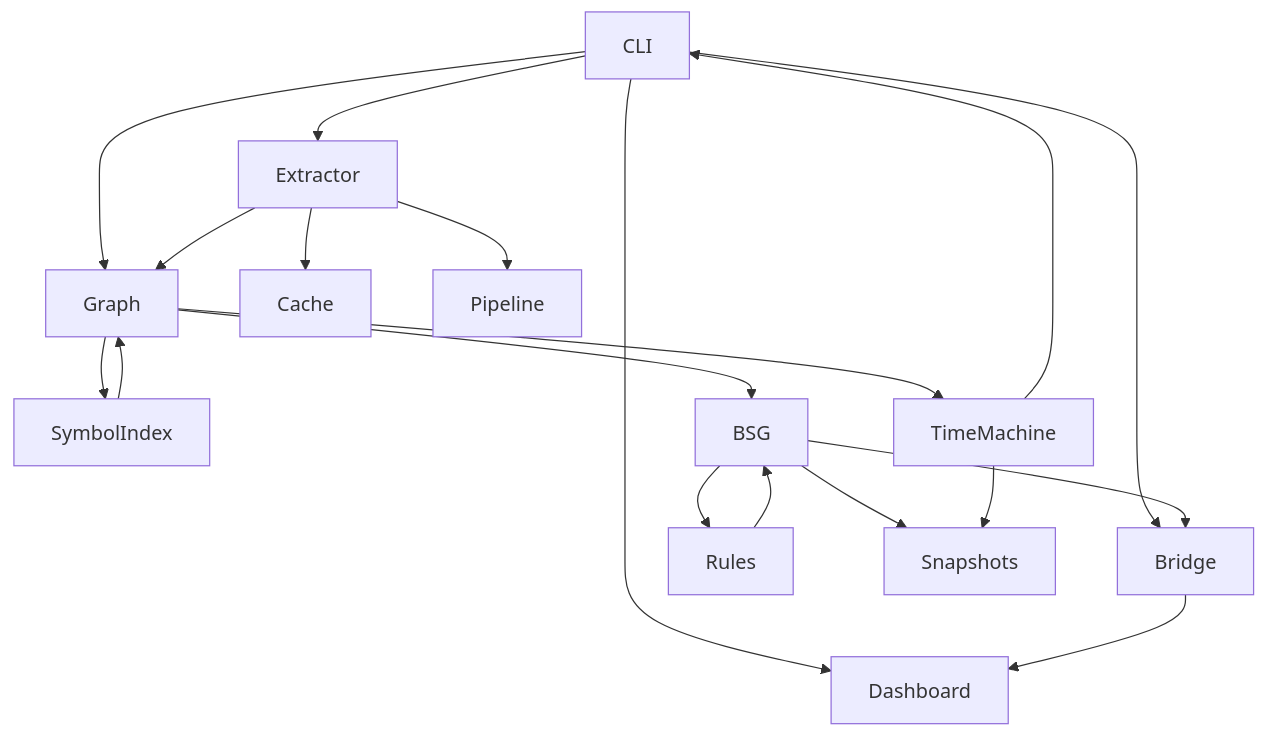
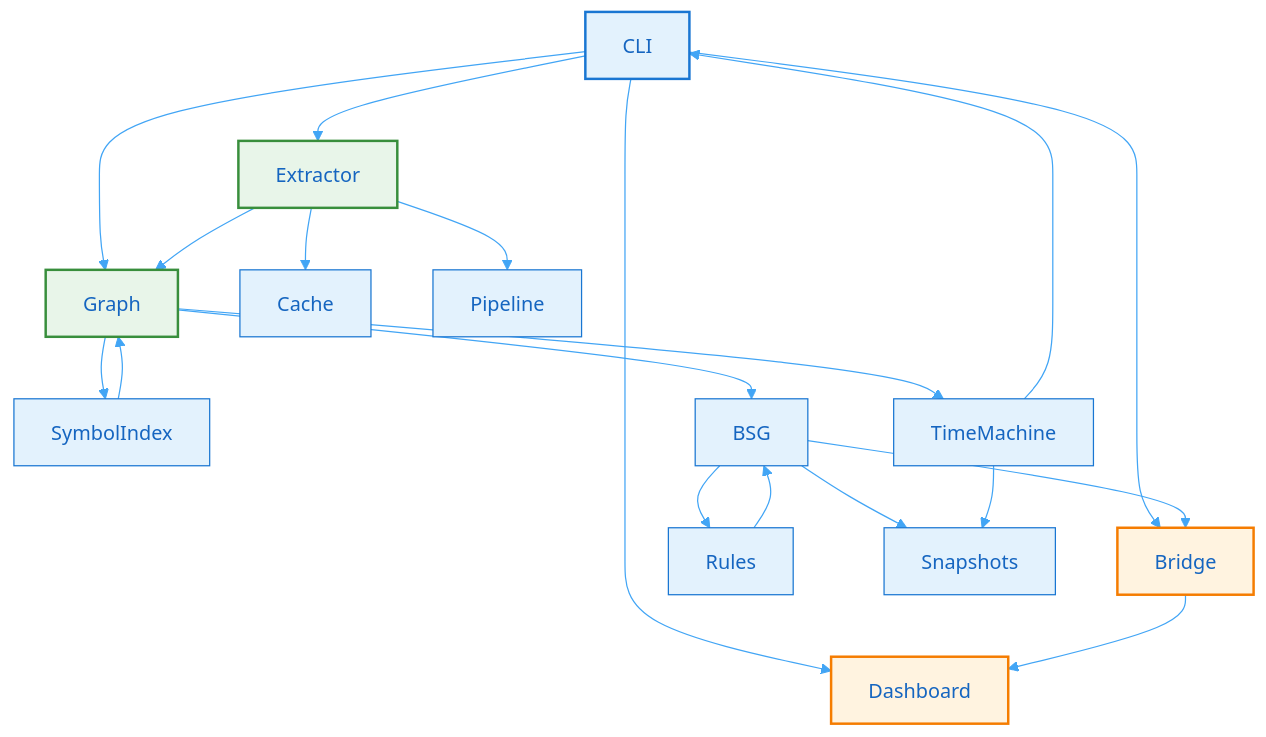
One commit to sageoz/Batho changed the diagram in docs-site/docs/whitepaper/core-subsystems.md. Above: the diagram before and after it, drawn with Mermaid. The commit also changed other lines of this file and 31 other files, not shown here.

````diff
--- a/docs-site/docs/whitepaper/core-subsystems.md
+++ b/docs-site/docs/whitepaper/core-subsystems.md
@@ -74,28 +74,35 @@
 ```mermaid
+%%{init: {'theme': 'base', 'themeVariables': { 'primaryColor': '#e3f2fd', 'primaryTextColor': '#1565c0', 'primaryBorderColor': '#1976d2', 'lineColor': '#42a5f5', 'secondaryColor': '#f3e5f5', 'tertiaryColor': '#e8f5e9'}}}%%
 graph TD
     CLI --> Extractor
     CLI --> Graph
     CLI --> Bridge
     CLI --> Dashboard
-    
+
     Extractor --> Cache
     Extractor --> Graph
     Extractor --> Pipeline
-    
+
     Graph --> SymbolIndex
     Graph --> BSG
     Graph --> TimeMachine
-    
+
     SymbolIndex --> Graph
-    
+
     BSG --> Rules
     BSG --> Bridge
     BSG --> Snapshots
-    
+
     Rules --> BSG
-    
+
     TimeMachine --> Snapshots
     TimeMachine --> CLI
-    
+
     Bridge --> Dashboard
+
+    style CLI fill:#e3f2fd,stroke:#1976d2,stroke-width:2px
+    style Extractor fill:#e8f5e9,stroke:#388e3c,stroke-width:2px
+    style Graph fill:#e8f5e9,stroke:#388e3c,stroke-width:2px
+    style Bridge fill:#fff3e0,stroke:#f57c00,stroke-width:2px
+    style Dashboard fill:#fff3e0,stroke:#f57c00,stroke-width:2px
 ```
````
